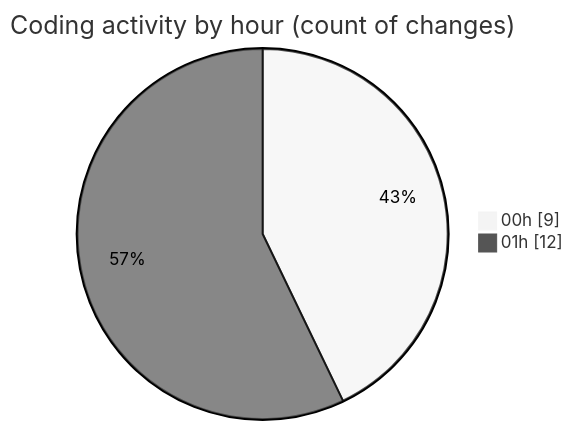
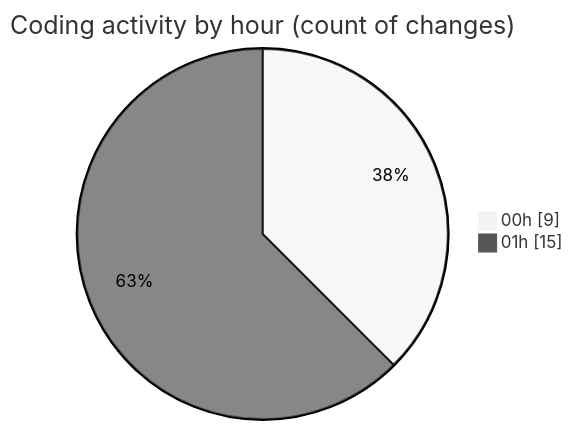
One commit to nxtqubesakshisongat/code-tracking changed the second of 2 diagrams in 2025-10-25/javacript/README.md. Above: the diagram before and after it, drawn with Mermaid (neutral theme). The commit also changed other lines of this file and 1 other file, not shown here.

````diff
--- a/2025-10-25/javacript/README.md
+++ b/2025-10-25/javacript/README.md
@@ -28,6 +28,6 @@
 ```mermaid
 pie showData
 title Coding activity by hour (count of changes)
 "00h" : 9
-"01h" : 12
+"01h" : 15
 ```
````
